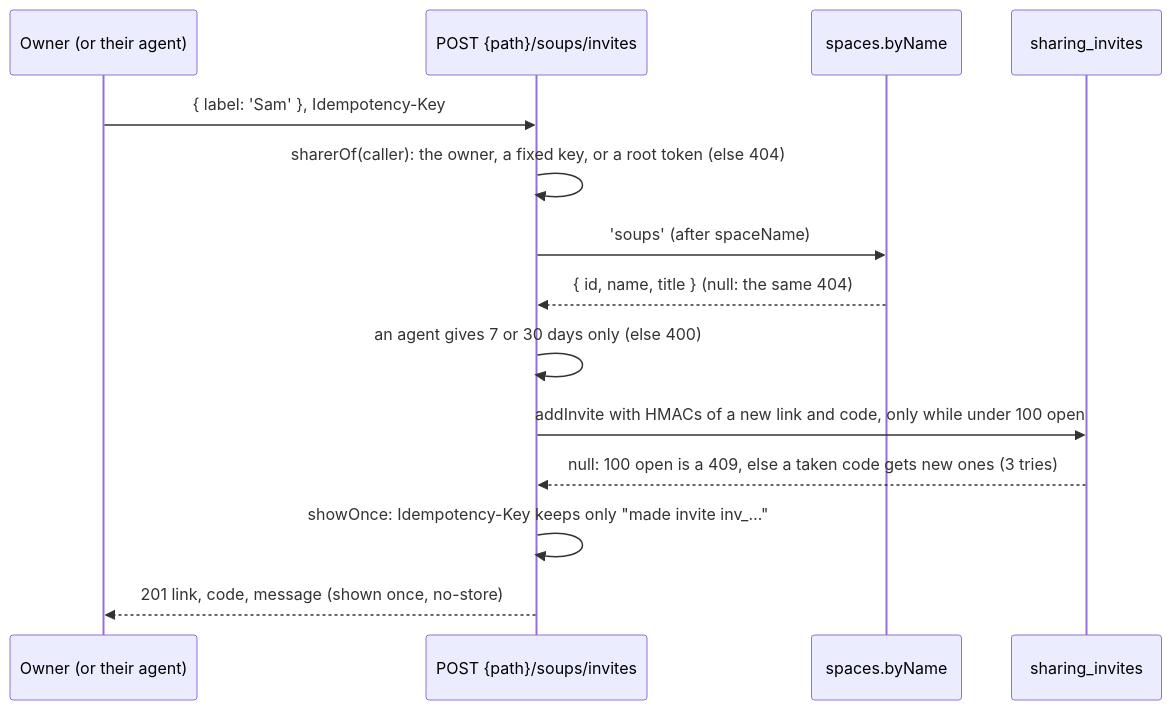
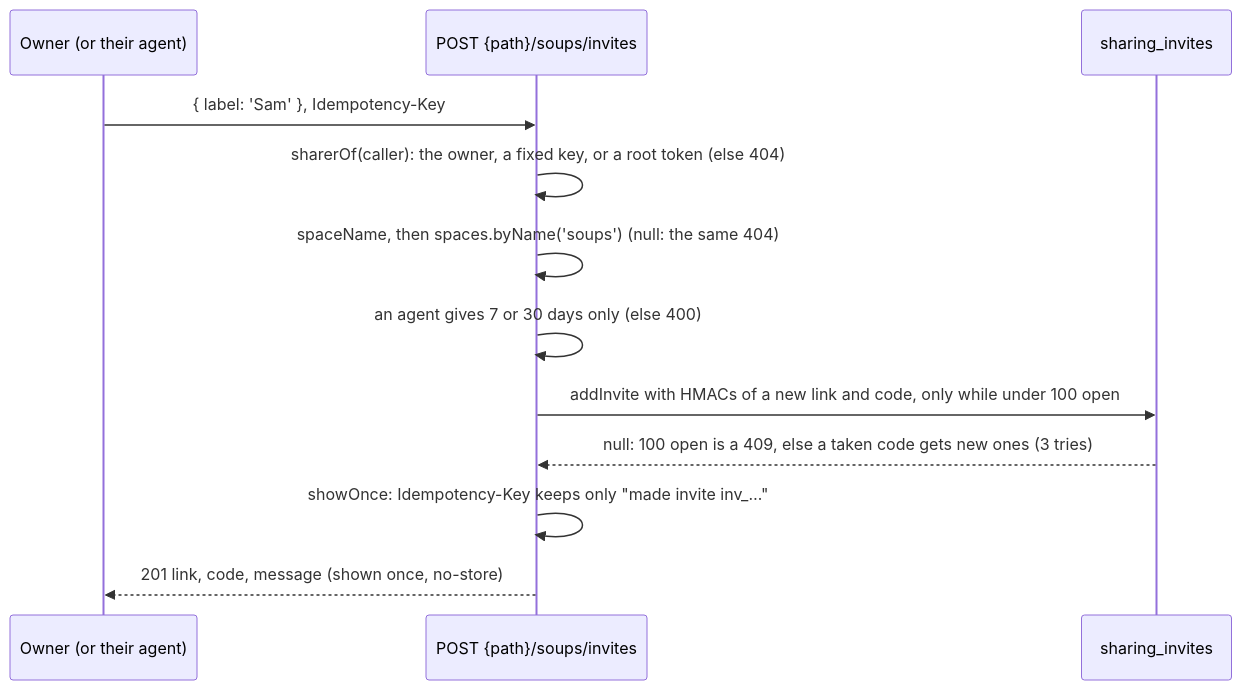
Before and after one commit to escalay/api-kit: the first of 5 diagrams in src/sharing/README.md, drawn with Mermaid. The commit also changed other lines of this file and 9 other files, not shown here.

````diff
--- a/src/sharing/README.md
+++ b/src/sharing/README.md
@@ -120,16 +120,14 @@
 ```mermaid
 sequenceDiagram
   participant O as Owner (or their agent)
   participant R as POST {path}/soups/invites
-  participant S as spaces.byName
   participant D as sharing_invites
   O->>R: { label: 'Sam' }, Idempotency-Key
   R->>R: sharerOf(caller): the owner, a fixed key, or a root token (else 404)
-  R->>S: 'soups' (after spaceName)
-  S-->>R: { id, name, title } (null: the same 404)
+  R->>R: spaceName, then spaces.byName('soups') (null: the same 404)
   R->>R: an agent gives 7 or 30 days only (else 400)
   R->>D: addInvite with HMACs of a new link and code, only while under 100 open
   D-->>R: null: 100 open is a 409, else a taken code gets new ones (3 tries)
   R->>R: showOnce: Idempotency-Key keeps only "made invite inv_…"
   R-->>O: 201 link, code, message (shown once, no-store)
 ```
````
